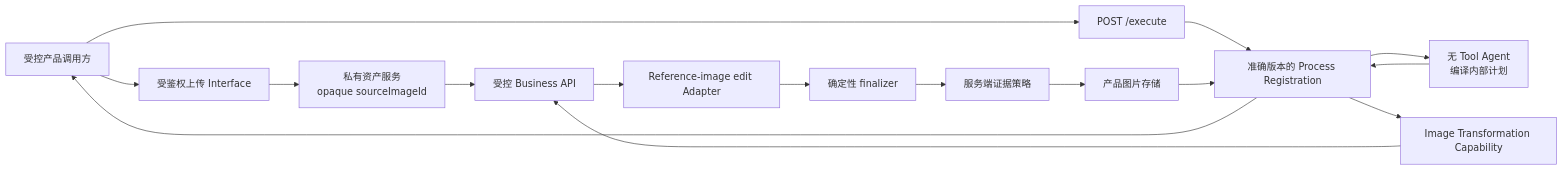
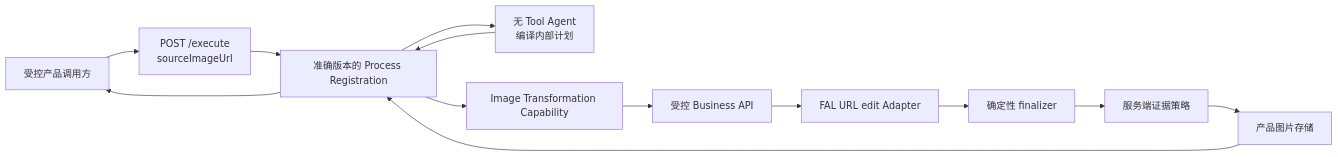
Before and after one commit to hkai-ai/pipipi: the diagram in docs/processes/crt-interface-image/development-template.md, drawn with Mermaid. The commit also changed other lines of this file and 10 other files, not shown here.

Commit message:
docs(crt): document public URL image processing

````diff
--- a/docs/processes/crt-interface-image/development-template.md
+++ b/docs/processes/crt-interface-image/development-template.md
@@ -114,18 +114,15 @@
 ```mermaid
 flowchart LR
-    Caller["受控产品调用方"] --> Upload["受鉴权上传 Interface"]
-    Upload --> Asset["私有资产服务<br/>opaque sourceImageId"]
-    Caller --> Execute["POST /execute"]
+    Caller["受控产品调用方"] --> Execute["POST /execute<br/>sourceImageUrl"]
     Execute --> Registration["准确版本的 Process Registration"]
     Registration --> Agent["无 Tool Agent<br/>编译内部计划"]
     Agent --> Registration
     Registration --> Capability["Image Transformation Capability"]
     Capability --> BusinessApi["受控 Business API"]
-    Asset --> BusinessApi
-    BusinessApi --> Edit["Reference-image edit Adapter"]
+    BusinessApi --> Edit["FAL URL edit Adapter"]
     Edit --> Finalizer["确定性 finalizer"]
     Finalizer --> Evidence["服务端证据策略"]
     Evidence --> Store["产品图片存储"]
     Store --> Registration
     Registration --> Caller
 ```
````
